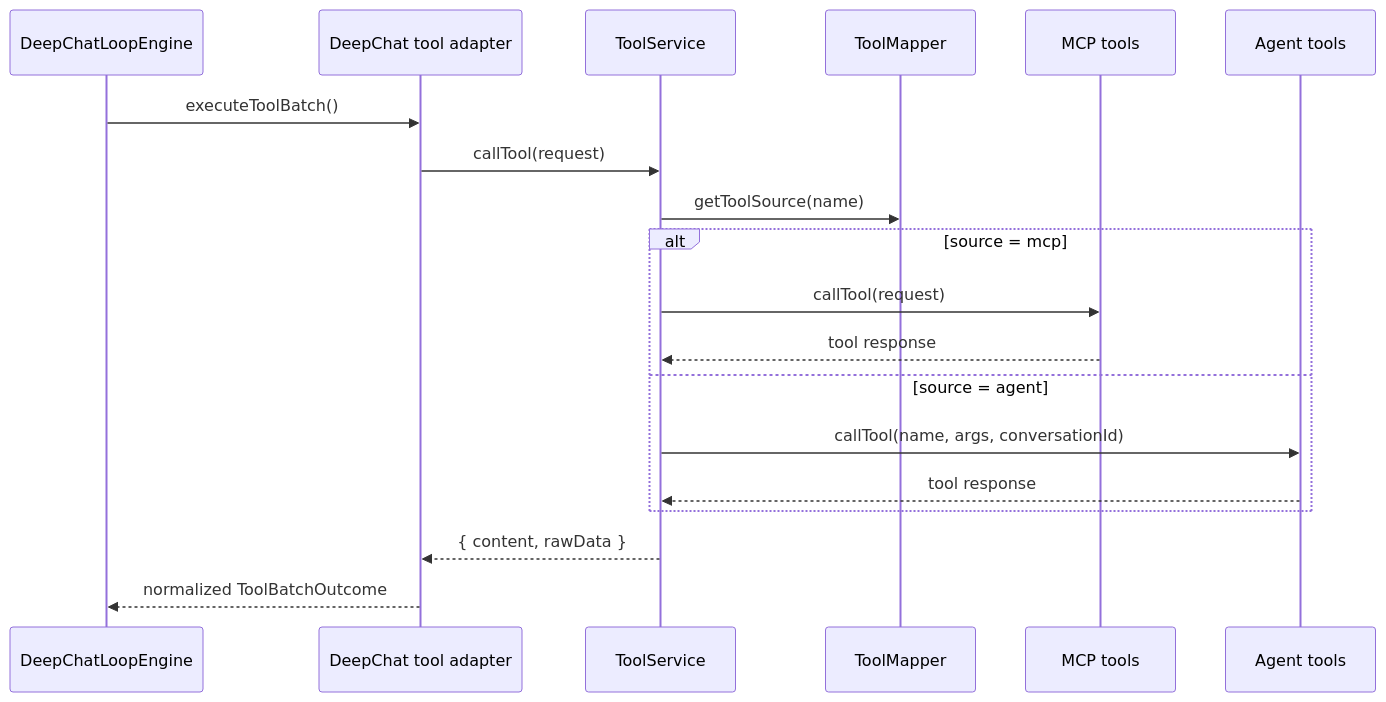
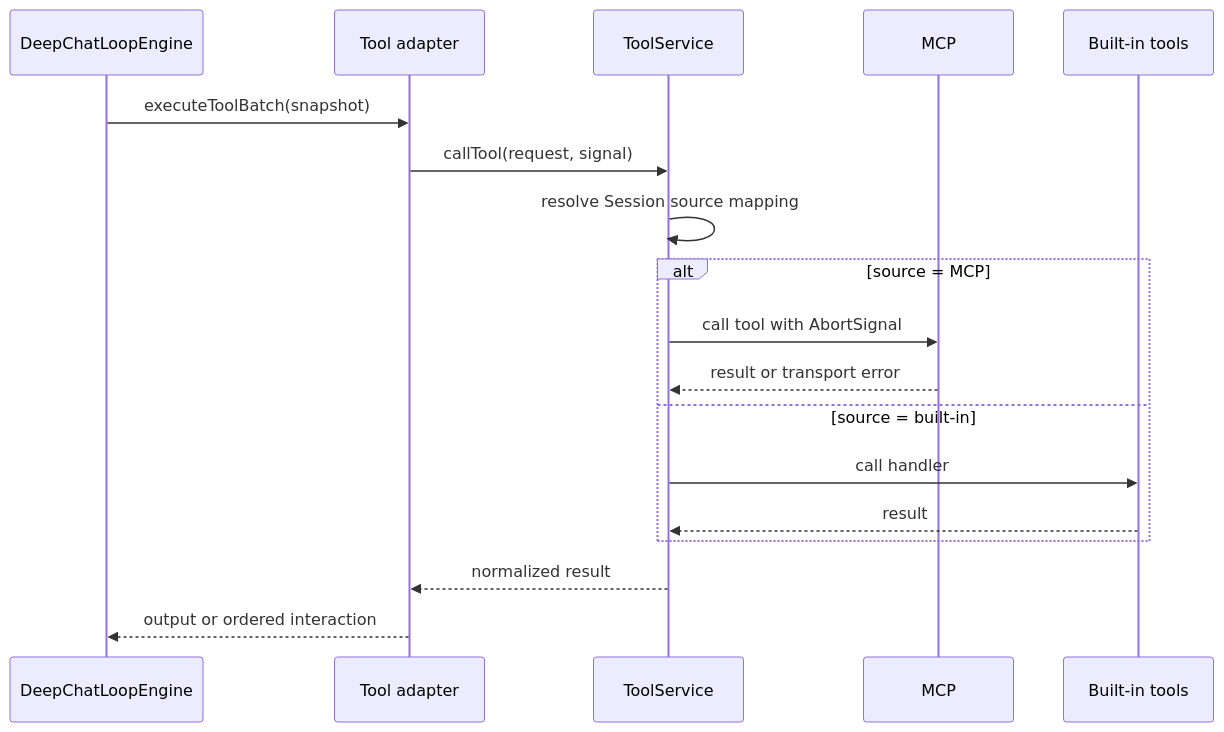
The diagram in docs/architecture/tool-system.md (ThinkInAIXYZ/deepchat), drawn with Mermaid before and after one commit. The commit also changed other lines of this file and 158 other files, not shown here.

Commit message:
docs(architecture): consolidate documentation

````diff
--- a/docs/architecture/tool-system.md
+++ b/docs/architecture/tool-system.md
@@ -94,24 +44,21 @@
 ```mermaid
 sequenceDiagram
     participant L as DeepChatLoopEngine
-    participant P as DeepChat tool adapter
+    participant A as Tool adapter
     participant T as ToolService
-    participant Map as ToolMapper
-    participant M as MCP tools
-    participant A as Agent tools
+    participant M as MCP
+    participant B as Built-in tools
 
-    L->>P: executeToolBatch()
-    P->>T: callTool(request)
-    T->>Map: getToolSource(name)
-
-    alt source = mcp
-        T->>M: callTool(request)
-        M-->>T: tool response
-    else source = agent
-        T->>A: callTool(name, args, conversationId)
-        A-->>T: tool response
+    L->>A: executeToolBatch(snapshot)
+    A->>T: callTool(request, signal)
+    T->>T: resolve Session source mapping
+    alt source = MCP
+        T->>M: call tool with AbortSignal
+        M-->>T: result or transport error
+    else source = built-in
+        T->>B: call handler
+        B-->>T: result
     end
-
-    T-->>P: { content, rawData }
-    P-->>L: normalized ToolBatchOutcome
+    T-->>A: normalized result
+    A-->>L: output or ordered interaction
 ```
````
